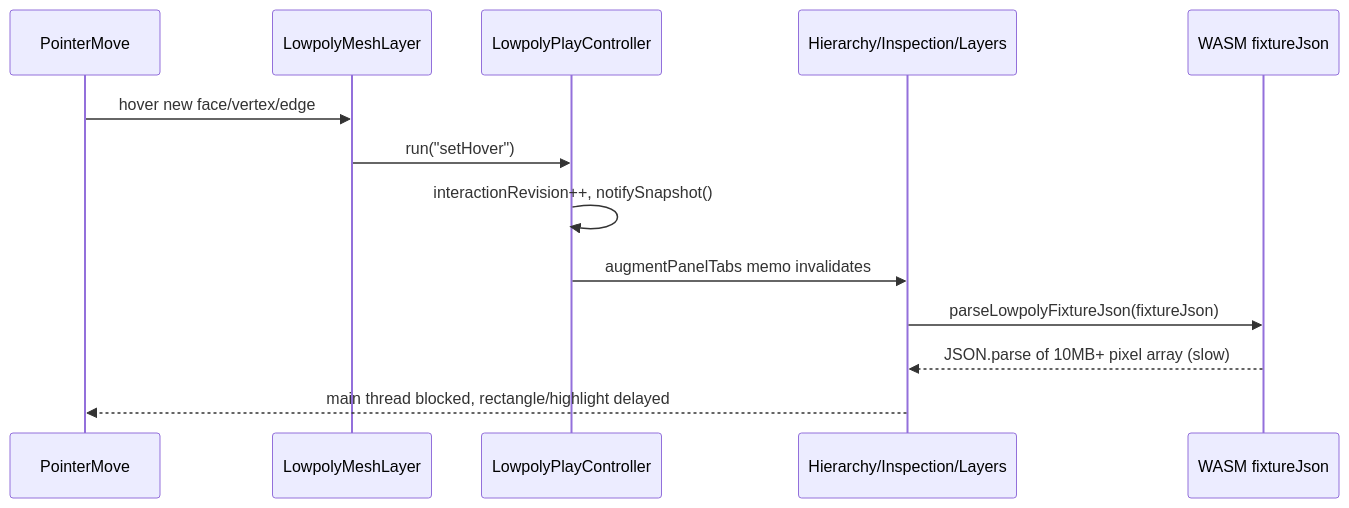
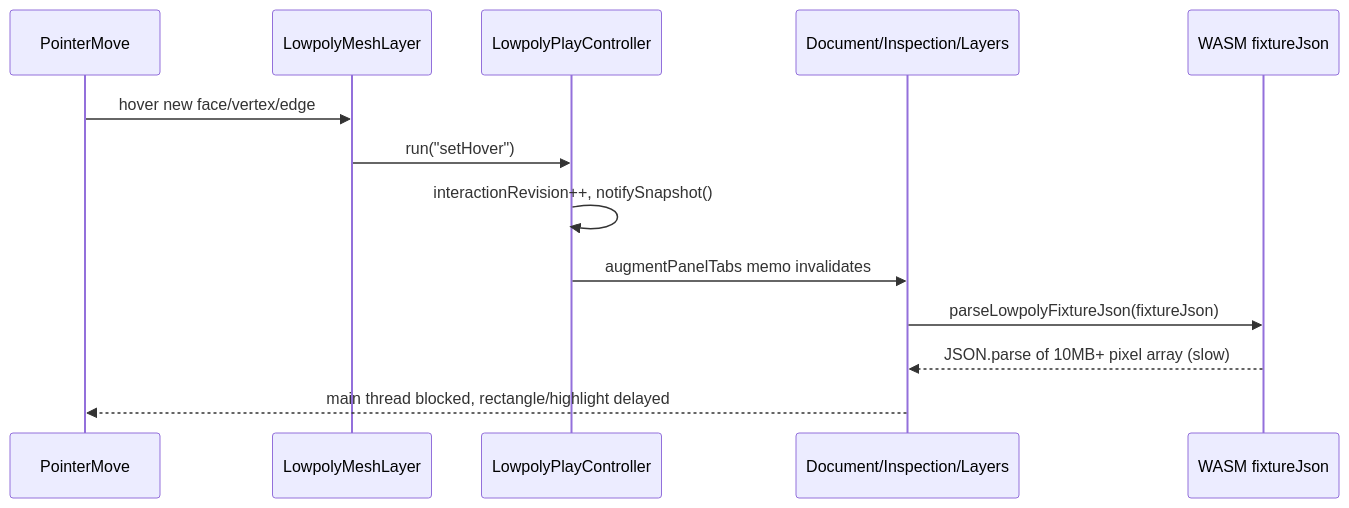
One commit to usalu/semio changed the diagram in .cursor/plans/lowpoly_performance_fix_7bba3e86.plan.md. Above: the diagram before and after it, drawn with Mermaid. The commit also changed other lines of this file and 670 other files, not shown here.

````diff
--- a/.cursor/plans/lowpoly_performance_fix_7bba3e86.plan.md
+++ b/.cursor/plans/lowpoly_performance_fix_7bba3e86.plan.md
@@ -36,16 +36,16 @@
 ```mermaid
 sequenceDiagram
     participant Pointer as PointerMove
     participant Mesh as LowpolyMeshLayer
     participant Ctrl as LowpolyPlayController
-    participant Panels as Hierarchy/Inspection/Layers
+    participant Panels as Document/Inspection/Layers
     participant Wasm as WASM fixtureJson
 
     Pointer->>Mesh: hover new face/vertex/edge
     Mesh->>Ctrl: run("setHover")
     Ctrl->>Ctrl: interactionRevision++, notifySnapshot()
     Ctrl->>Panels: augmentPanelTabs memo invalidates
     Panels->>Wasm: parseLowpolyFixtureJson(fixtureJson)
     Wasm-->>Panels: JSON.parse of 10MB+ pixel array (slow)
     Panels-->>Pointer: main thread blocked, rectangle/highlight delayed
 ```
````
